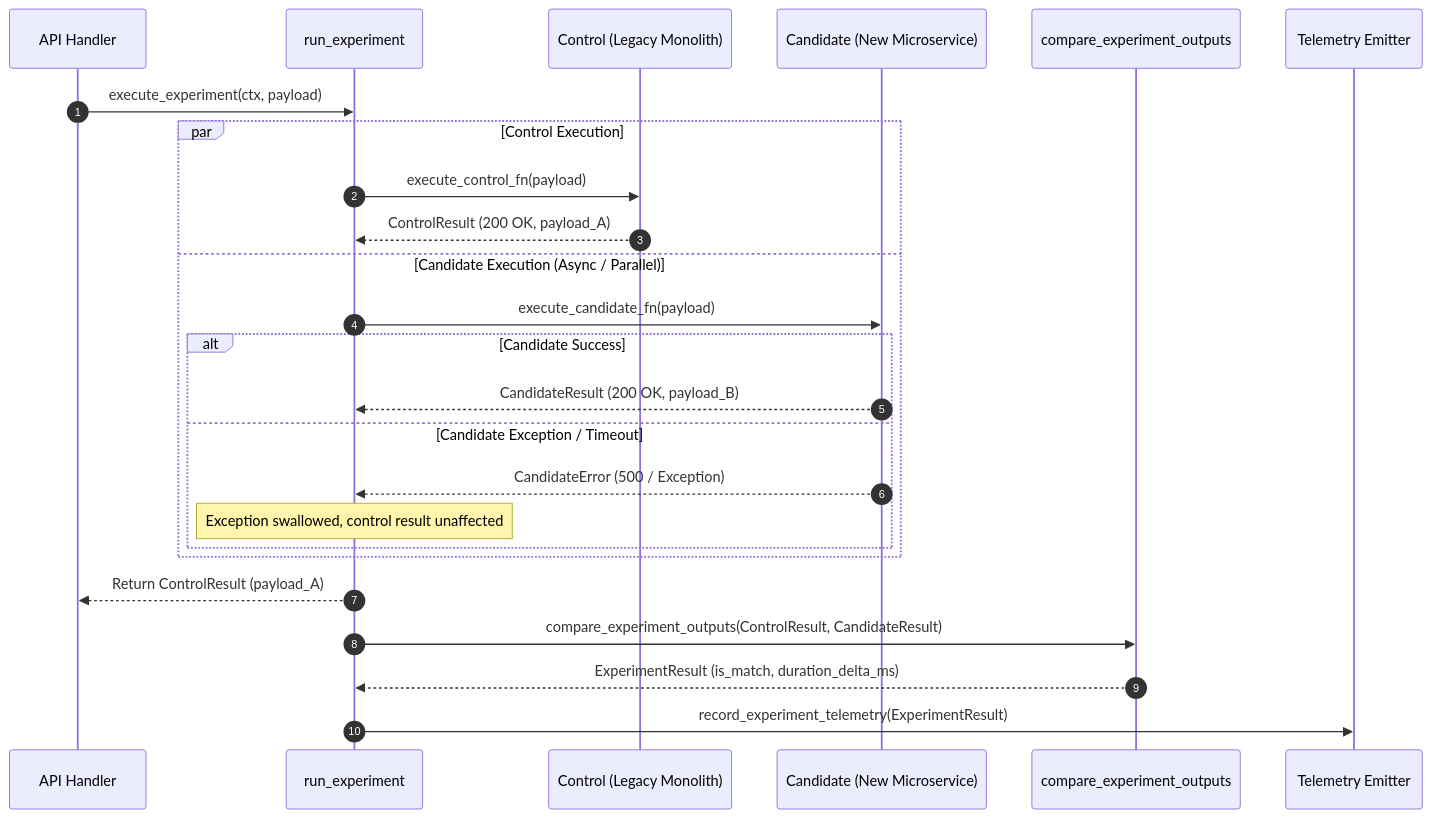
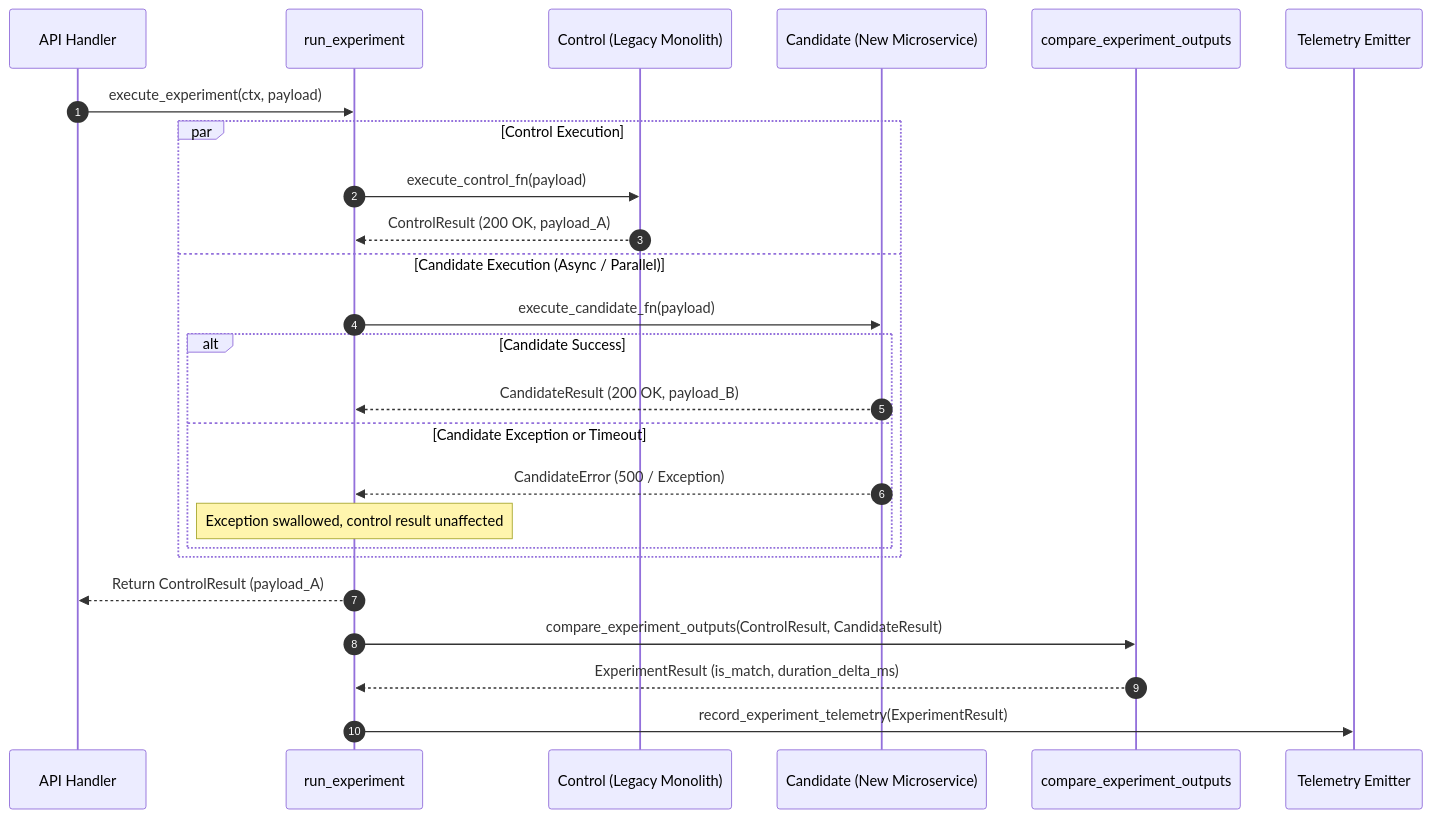
Before and after one commit to Chief-Strategist-J/llm-observability-platform: the second of 2 diagrams in notebooks/runbooks/refs/07-observability-parity-testing/shadow-traffic-comparison.md, drawn with Mermaid. The commit also changed 52 other files, not shown here.

Commit message:
fix(docs): resolve all Mermaid diagram syntax errors across runbook suite

````diff
--- a/notebooks/runbooks/refs/07-observability-parity-testing/shadow-traffic-comparison.md
+++ b/notebooks/runbooks/refs/07-observability-parity-testing/shadow-traffic-comparison.md
@@ -61,31 +61,31 @@
 ```mermaid
 sequenceDiagram
     autonumber
     participant Client as API Handler
     participant Engine as run_experiment
     participant Control as Control (Legacy Monolith)
     participant Candidate as Candidate (New Microservice)
     participant Differ as compare_experiment_outputs
     participant Audit as Telemetry Emitter
 
     Client->>Engine: execute_experiment(ctx, payload)
     
     par Control Execution
         Engine->>Control: execute_control_fn(payload)
         Control-->>Engine: ControlResult (200 OK, payload_A)
     and Candidate Execution (Async / Parallel)
         Engine->>Candidate: execute_candidate_fn(payload)
         alt Candidate Success
             Candidate-->>Engine: CandidateResult (200 OK, payload_B)
-        else Candidate Exception / Timeout
+        else Candidate Exception or Timeout
             Candidate-->>Engine: CandidateError (500 / Exception)
             Note over Engine: Exception swallowed, control result unaffected
         end
     end
 
     Engine-->>Client: Return ControlResult (payload_A)
 
     Engine->>Differ: compare_experiment_outputs(ControlResult, CandidateResult)
     Differ-->>Engine: ExperimentResult (is_match, duration_delta_ms)
     Engine->>Audit: record_experiment_telemetry(ExperimentResult)
 ```
````
